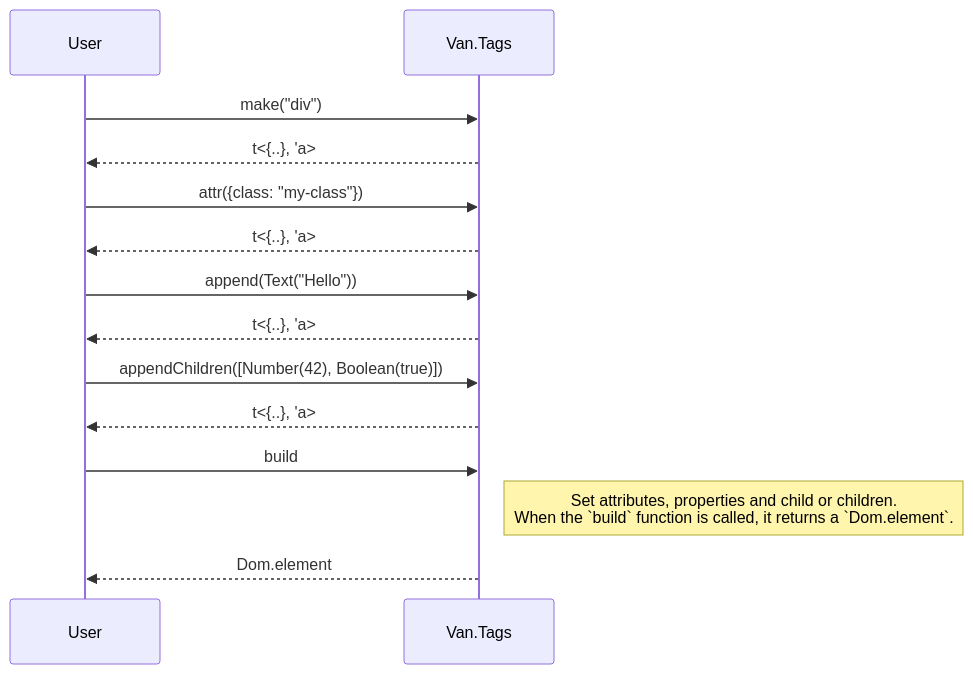
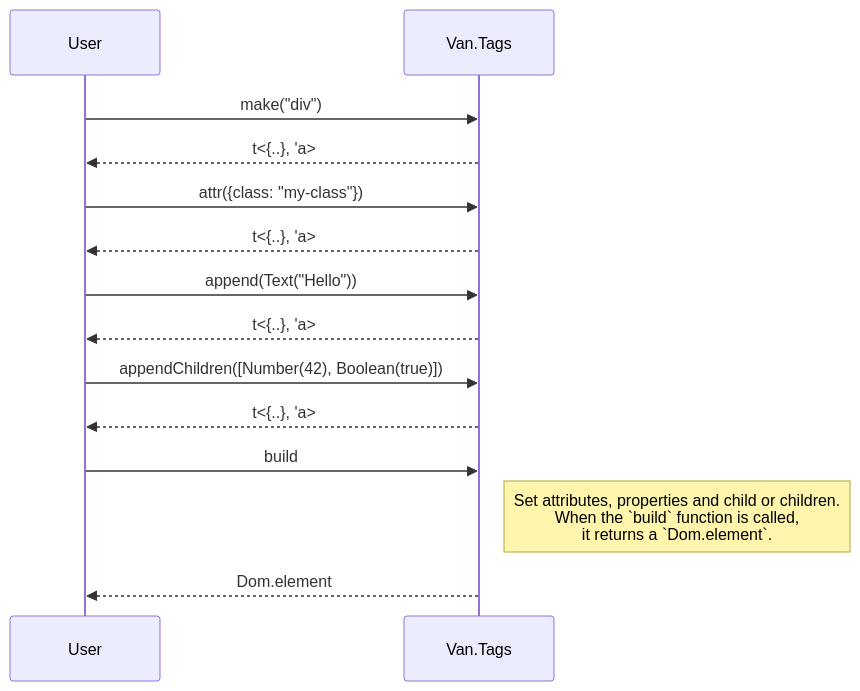
One commit to MetalbolicX/vanrs changed the diagram in docs/api-index.md. Above: the diagram before and after it, drawn with Mermaid. The commit also changed 1 other file, not shown here.

Commit message:
docs - Edit the break line to display the message in the flow diagram.

````diff
--- a/docs/api-index.md
+++ b/docs/api-index.md
@@ -224,16 +224,16 @@
 ```mermaid
 sequenceDiagram
     participant User
     participant Builder as Van.Tags
     User->>Builder: make("div")
     Builder-->>User: t<{..}, 'a>
     User->>Builder: attr({class: "my-class"})
     Builder-->>User: t<{..}, 'a>
     User->>Builder: append(Text("Hello"))
     Builder-->>User: t<{..}, 'a>
     User->>Builder: appendChildren([Number(42), Boolean(true)])
     Builder-->>User: t<{..}, 'a>
     User->>Builder: build
-    Note right of Builder: Set attributes, properties and child or children. <br>When the `build` function is called, it returns a `Dom.element`.
+    Note right of Builder: Set attributes, properties and child or children. <br/>When the `build` function is called, <br/>it returns a `Dom.element`.
     Builder-->>User: Dom.element
 ```
````
